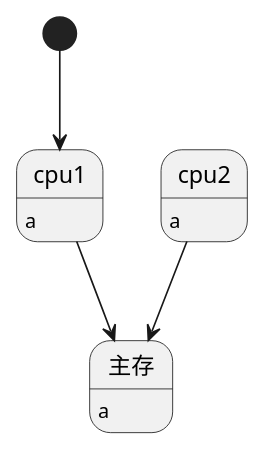
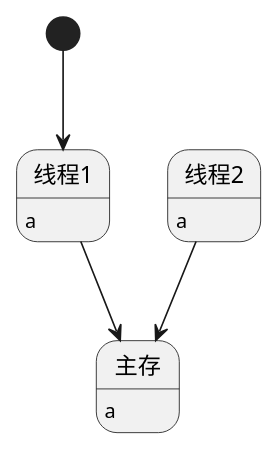
One commit to yayaa-uuu/study changed the third of 8 diagrams in 面试/java/juc/并发编程.md. Above: the diagram before and after it, drawn with PlantUML. The commit also changed 9 other files, not shown here.

````diff
--- a/面试/java/juc/并发编程.md
+++ b/面试/java/juc/并发编程.md
@@ -55,10 +55,10 @@
 ```plantuml
 @startuml
-[*] -down-> cpu1
-cpu1 -down-> 主存
-cpu1 : a    
-cpu2 : a    
-cpu2 -down-> 主存
+[*] -down-> 线程1
+线程1 -down-> 主存
+线程1 : a    
+线程2 : a    
+线程2 -down-> 主存
 主存 : a
 @enduml
 ```
````
